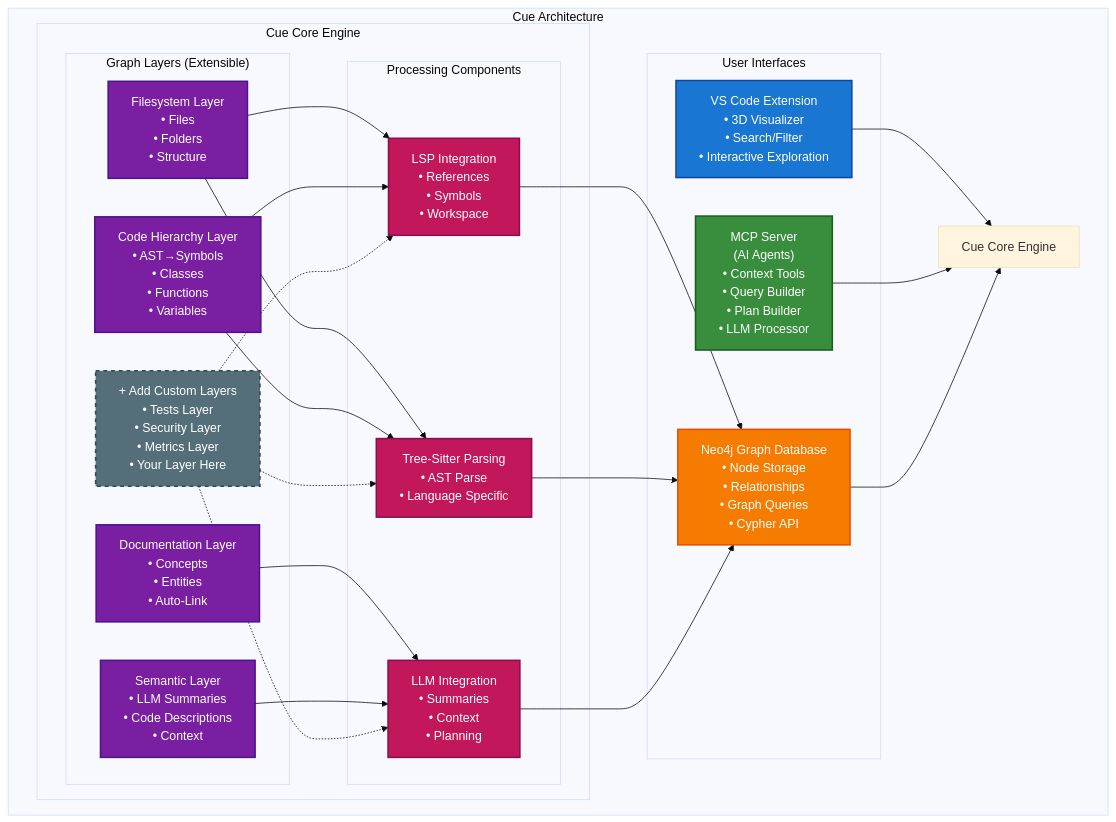
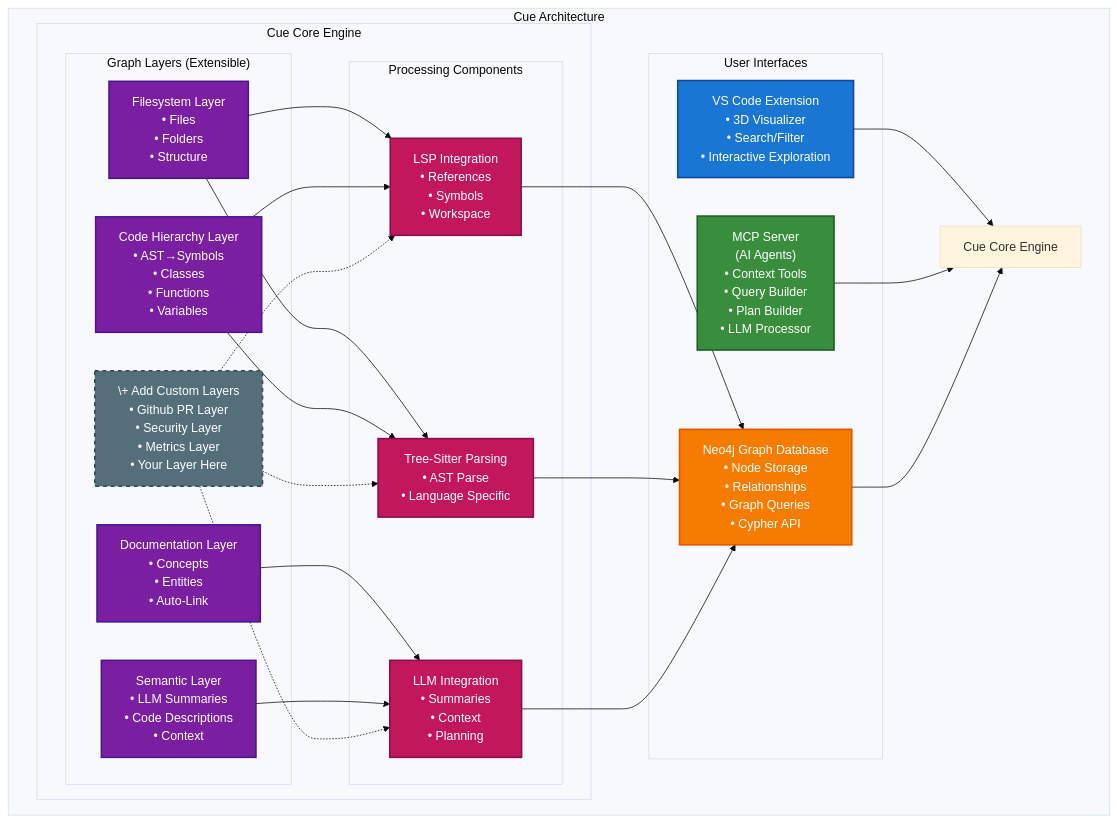
Before and after one commit to rysweet/cue: the diagram in README.md, drawn with Mermaid.

````diff
--- a/README.md
+++ b/README.md
@@ -22,57 +22,57 @@
 ```mermaid
 %%{init: {'theme':'base', 'themeVariables': { 'fontSize': '16px'}}}%%
 graph TB
     subgraph "Cue Architecture"
         subgraph "User Interfaces"
             VSCode["VS Code Extension<br/>• 3D Visualizer<br/>• Search/Filter<br/>• Interactive Exploration"]
             MCP["MCP Server<br/>(AI Agents)<br/>• Context Tools<br/>• Query Builder<br/>• Plan Builder<br/>• LLM Processor"]
             Neo4j["Neo4j Graph Database<br/>• Node Storage<br/>• Relationships<br/>• Graph Queries<br/>• Cypher API"]
         end
         
         subgraph "Cue Core Engine"
             subgraph "Graph Layers (Extensible)"
                 FS["Filesystem Layer<br/>• Files<br/>• Folders<br/>• Structure"]
                 CH["Code Hierarchy Layer<br/>• AST→Symbols<br/>• Classes<br/>• Functions<br/>• Variables"]
                 DOC["Documentation Layer<br/>• Concepts<br/>• Entities<br/>• Auto-Link"]
                 SEM["Semantic Layer<br/>• LLM Summaries<br/>• Code Descriptions<br/>• Context"]
-                EXT["+ Add Custom Layers<br/>• Tests Layer<br/>• Security Layer<br/>• Metrics Layer<br/>• Your Layer Here"]
+                EXT["\+ Add Custom Layers<br/>• Github PR Layer<br/>• Security Layer<br/>• Metrics Layer<br/>• Your Layer Here"]
             end
             
             subgraph "Processing Components"
                 LSP["LSP Integration<br/>• References<br/>• Symbols<br/>• Workspace"]
                 TS["Tree-Sitter Parsing<br/>• AST Parse<br/>• Language Specific"]
                 LLM["LLM Integration<br/>• Summaries<br/>• Context<br/>• Planning"]
             end
         end
         
         VSCode --> Core[Cue Core Engine]
         MCP --> Core
         Neo4j --> Core
         
         FS --> LSP
         FS --> TS
         CH --> LSP
         CH --> TS
         DOC --> LLM
         SEM --> LLM
         EXT -.-> LSP
         EXT -.-> TS
         EXT -.-> LLM
         
         LSP --> Neo4j
         TS --> Neo4j
         LLM --> Neo4j
     end
     
     style VSCode fill:#1976d2,color:#ffffff,stroke:#0d47a1,stroke-width:2px
     style MCP fill:#388e3c,color:#ffffff,stroke:#1b5e20,stroke-width:2px
     style Neo4j fill:#f57c00,color:#ffffff,stroke:#e65100,stroke-width:2px
     style FS fill:#7b1fa2,color:#ffffff,stroke:#4a148c,stroke-width:2px
     style CH fill:#7b1fa2,color:#ffffff,stroke:#4a148c,stroke-width:2px
     style DOC fill:#7b1fa2,color:#ffffff,stroke:#4a148c,stroke-width:2px
     style SEM fill:#7b1fa2,color:#ffffff,stroke:#4a148c,stroke-width:2px
     style EXT fill:#546e7a,color:#ffffff,stroke:#37474f,stroke-width:2px,stroke-dasharray: 5 5
     style LSP fill:#c2185b,color:#ffffff,stroke:#880e4f,stroke-width:2px
     style TS fill:#c2185b,color:#ffffff,stroke:#880e4f,stroke-width:2px
     style LLM fill:#c2185b,color:#ffffff,stroke:#880e4f,stroke-width:2px
 ```
````
